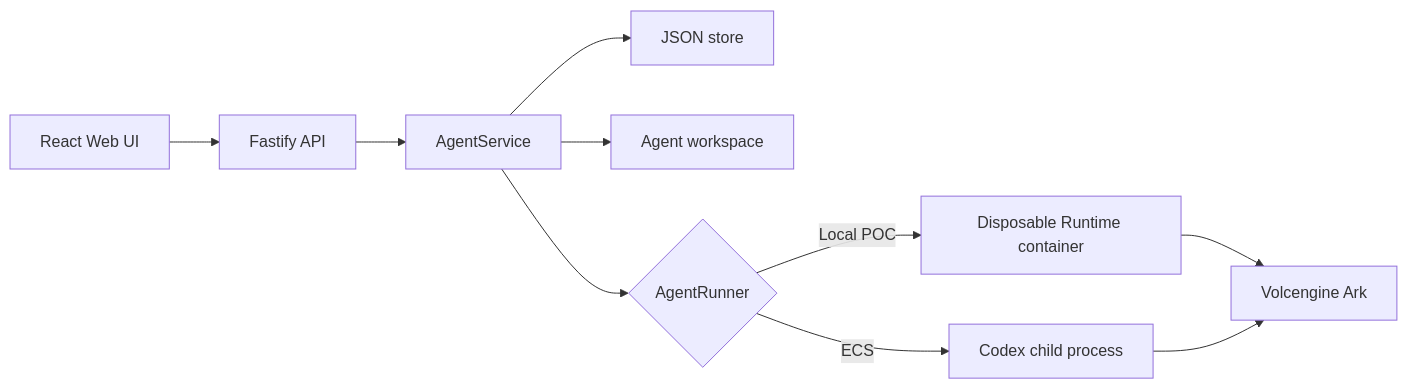
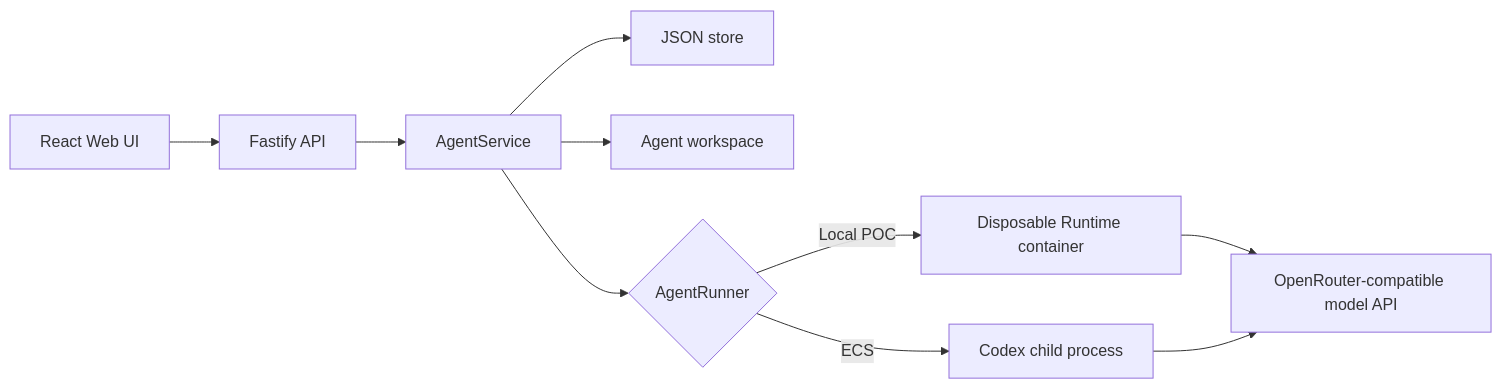
One commit to Tuxedolphin/TikTok-TechJam-2026 changed the diagram in docs/ARCHITECTURE.md. Above: the diagram before and after it, drawn with Mermaid. The commit also changed 7 other files, not shown here.

First line of the commit message:
docs(all): update setup guides, environment examples, and POC scripts for OpenRouter

````diff
--- a/docs/ARCHITECTURE.md
+++ b/docs/ARCHITECTURE.md
@@ -5,12 +5,12 @@
 ```mermaid
 flowchart LR
     UI["React Web UI"] --> API["Fastify API"]
     API --> Service["AgentService"]
     Service --> Store["JSON store"]
     Service --> Workspace["Agent workspace"]
     Service --> Runner{"AgentRunner"}
     Runner -->|Local POC| Container["Disposable Runtime container"]
     Runner -->|ECS| Process["Codex child process"]
-    Container --> Ark["Volcengine Ark"]
-    Process --> Ark
+    Container --> ModelAPI["OpenRouter-compatible model API"]
+    Process --> ModelAPI
 ```
````
